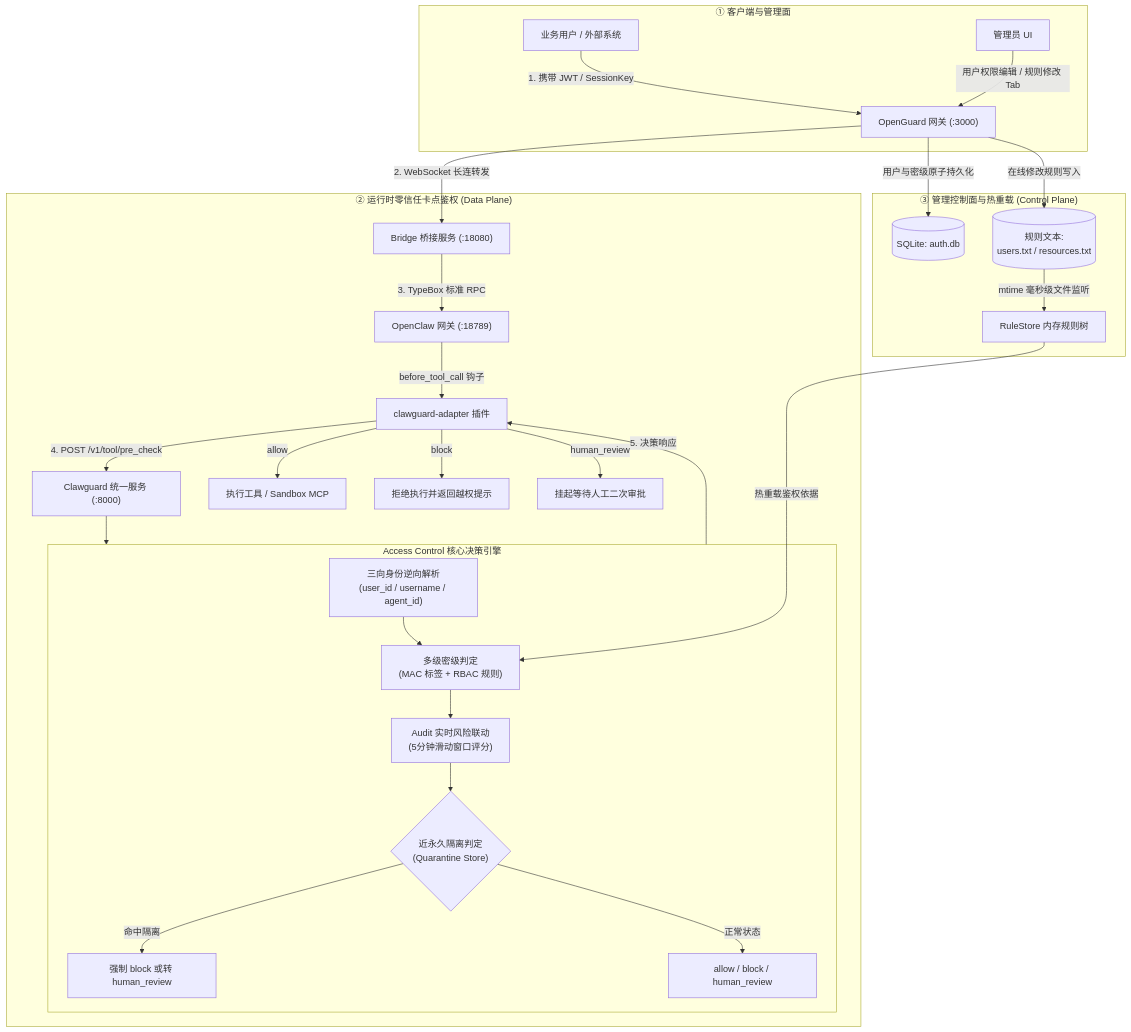
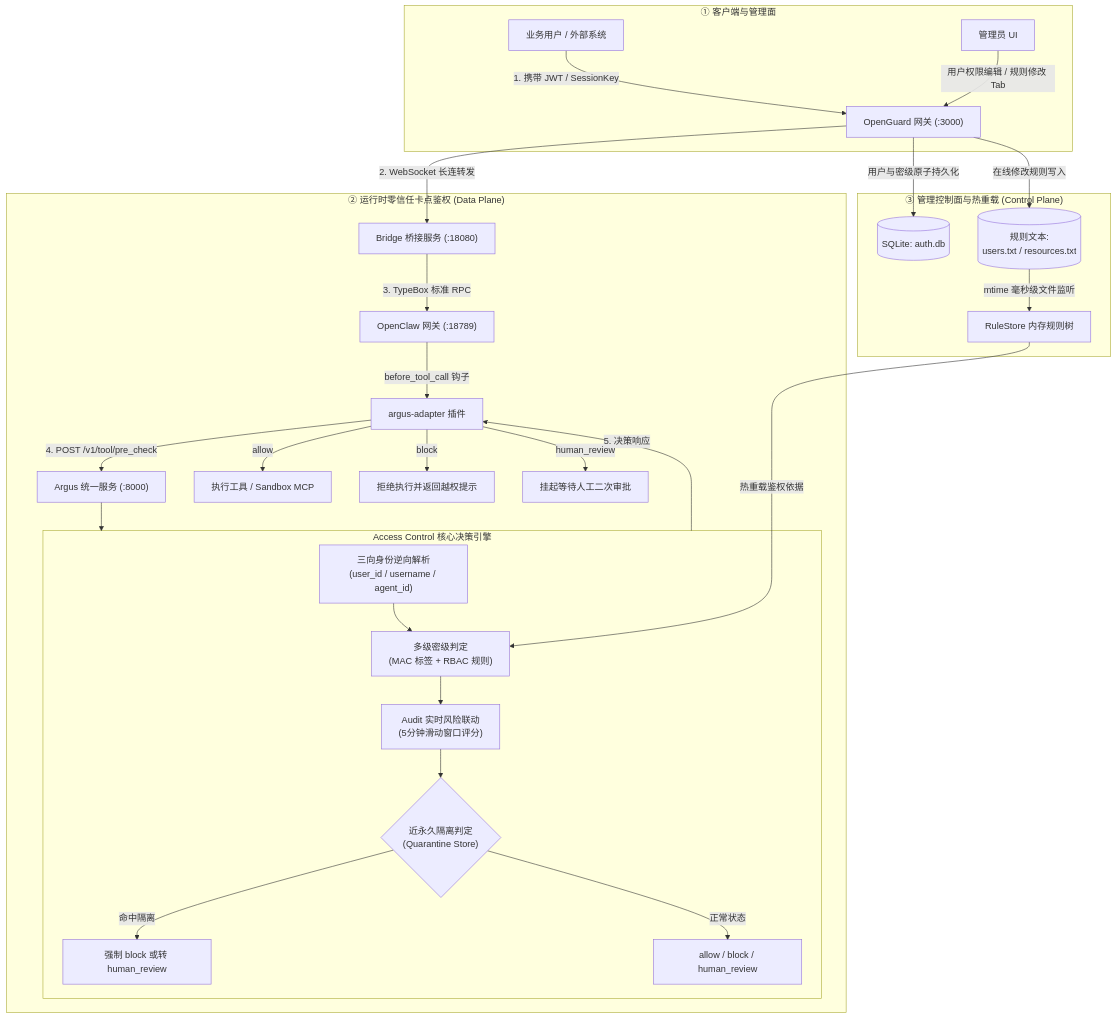
Before and after one commit to FerryOTTO/Argus: the second of 2 diagrams in terminal/README.md, drawn with Mermaid. The commit also changed other lines of this file and 418 other files, not shown here.

````diff
--- a/terminal/README.md
+++ b/terminal/README.md
@@ -121,35 +121,35 @@
 ```mermaid
 flowchart TD
     subgraph ClientPlane["① 客户端与管理面"]
         User["业务用户 / 外部系统"] -->|1. 携带 JWT / SessionKey| OG["OpenGuard 网关 (:3000)"]
         Admin["管理员 UI"] -->|用户权限编辑 / 规则修改 Tab| OG
     end
 
     subgraph DataPlane["② 运行时零信任卡点鉴权 (Data Plane)"]
         OG -->|2. WebSocket 长连转发| Bridge["Bridge 桥接服务 (:18080)"]
         Bridge -->|3. TypeBox 标准 RPC| OC["OpenClaw 网关 (:18789)"]
-        OC -->|before_tool_call 钩子| Hook["clawguard-adapter 插件"]
-        Hook -->|4. POST /v1/tool/pre_check| API["Clawguard 统一服务 (:8000)"]
+        OC -->|before_tool_call 钩子| Hook["argus-adapter 插件"]
+        Hook -->|4. POST /v1/tool/pre_check| API["Argus 统一服务 (:8000)"]
         
         subgraph ACEngine["Access Control 核心决策引擎"]
             ID["三向身份逆向解析<br/>(user_id / username / agent_id)"] --> MAC["多级密级判定<br/>(MAC 标签 + RBAC 规则)"]
             MAC --> Risk["Audit 实时风险联动<br/>(5分钟滑动窗口评分)"]
             Risk --> Quar{"近永久隔离判定<br/>(Quarantine Store)"}
             Quar -->|命中隔离| ActQ["强制 block 或转 human_review"]
             Quar -->|正常状态| ActN["allow / block / human_review"]
         end
         
         API --> ACEngine
         ACEngine -->|5. 决策响应| Hook
         Hook -->|allow| Tool["执行工具 / Sandbox MCP"]
         Hook -->|block| BlockTip["拒绝执行并返回越权提示"]
         Hook -->|human_review| AuditWait["挂起等待人工二次审批"]
     end
 
     subgraph ControlPlane["③ 管理控制面与热重载 (Control Plane)"]
         OG -->|用户与密级原子持久化| DB[("SQLite: auth.db")]
         OG -->|在线修改规则写入| Disk[("规则文本:<br/>users.txt / resources.txt")]
         Disk -->|mtime 毫秒级文件监听| Store["RuleStore 内存规则树"]
         Store -->|热重载鉴权依据| MAC
     end
 ```
````
